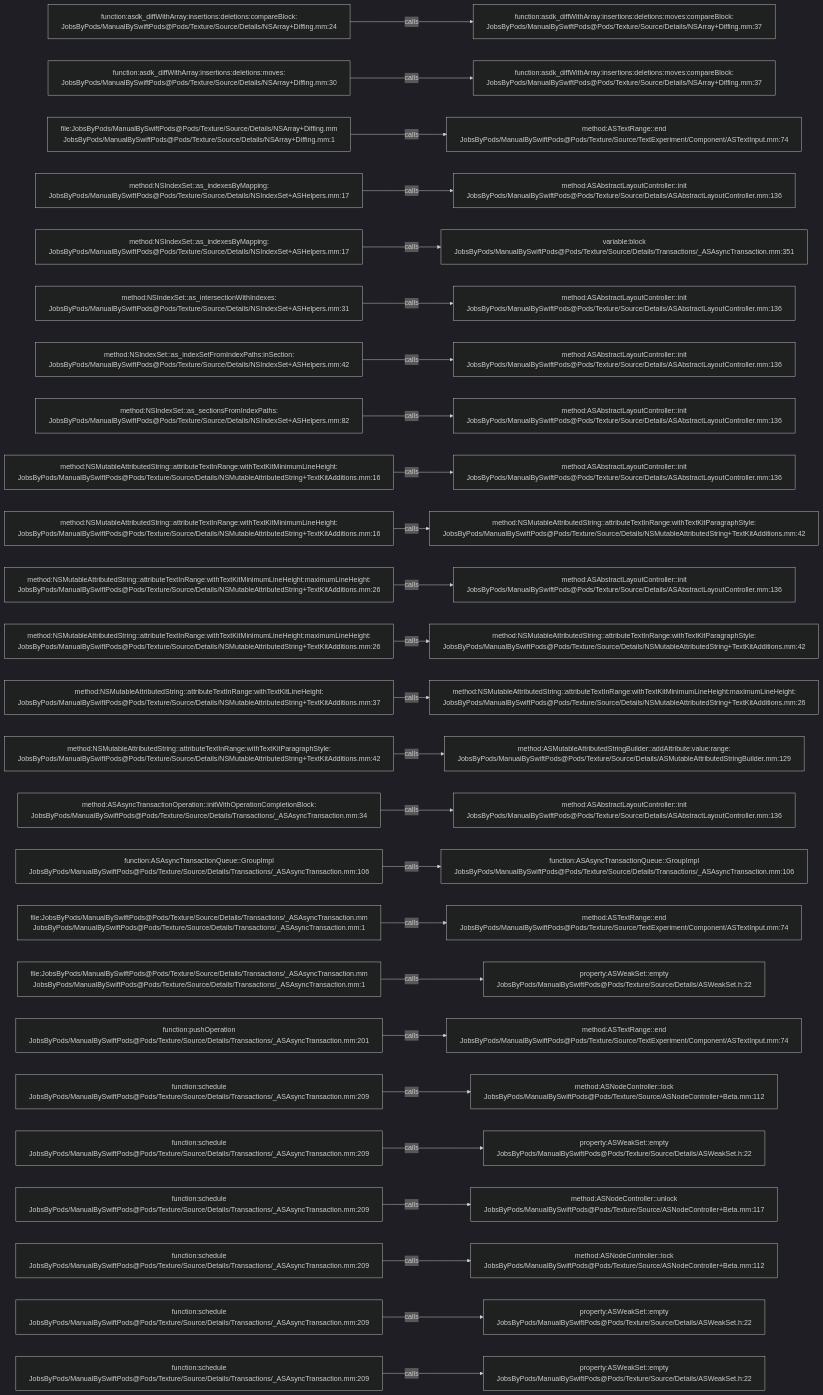
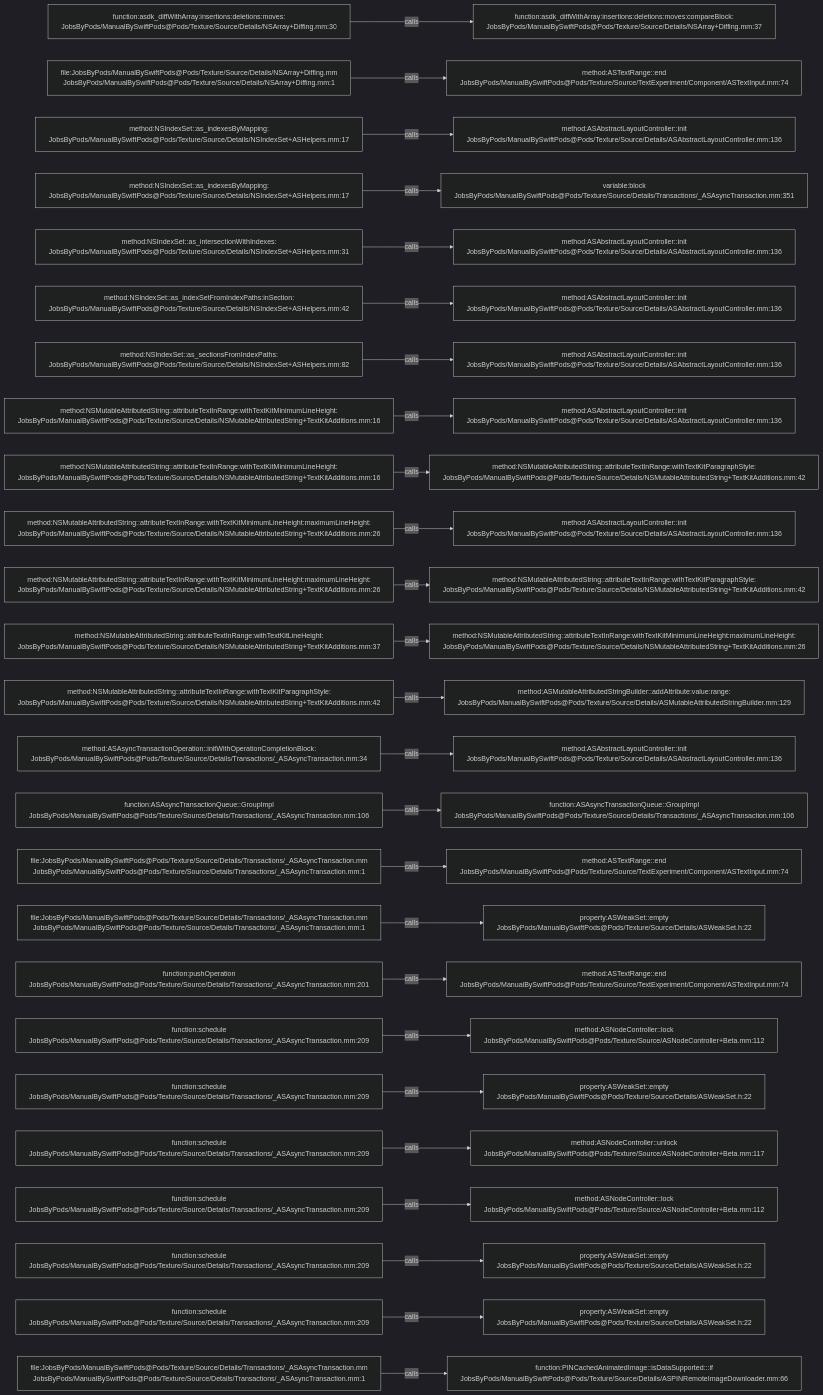
One commit to JobsKits/JobsSwiftBaseConfigDemo changed the diagram in .codegraph/codegraph.md/graphs/calls-098.md. Above: the diagram before and after it, drawn with Mermaid (dark theme). The commit also changed 747 other files, not shown here.

````diff
--- a/.codegraph/codegraph.md/graphs/calls-098.md
+++ b/.codegraph/codegraph.md/graphs/calls-098.md
@@ -13,78 +13,78 @@
 ```mermaid
 flowchart LR
-  S1["function:asdk_diffWithArray:insertions:deletions:compareBlock:<br/>JobsByPods/ManualBySwiftPods@Pods/Texture/Source/Details/NSArray+Diffing.mm:24"]
+  S1["function:asdk_diffWithArray:insertions:deletions:moves:<br/>JobsByPods/ManualBySwiftPods@Pods/Texture/Source/Details/NSArray+Diffing.mm:30"]
   T1["function:asdk_diffWithArray:insertions:deletions:moves:compareBlock:<br/>JobsByPods/ManualBySwiftPods@Pods/Texture/Source/Details/NSArray+Diffing.mm:37"]
   S1 -->|calls| T1
-  S2["function:asdk_diffWithArray:insertions:deletions:moves:<br/>JobsByPods/ManualBySwiftPods@Pods/Texture/Source/Details/NSArray+Diffing.mm:30"]
-  T2["function:asdk_diffWithArray:insertions:deletions:moves:compareBlock:<br/>JobsByPods/ManualBySwiftPods@Pods/Texture/Source/Details/NSArray+Diffing.mm:37"]
+  S2["file:JobsByPods/ManualBySwiftPods@Pods/Texture/Source/Details/NSArray+Diffing.mm<br/>JobsByPods/ManualBySwiftPods@Pods/Texture/Source/Details/NSArray+Diffing.mm:1"]
+  T2["method:ASTextRange::end<br/>JobsByPods/ManualBySwiftPods@Pods/Texture/Source/TextExperiment/Component/ASTextInput.mm:74"]
   S2 -->|calls| T2
-  S3["file:JobsByPods/ManualBySwiftPods@Pods/Texture/Source/Details/NSArray+Diffing.mm<br/>JobsByPods/ManualBySwiftPods@Pods/Texture/Source/Details/NSArray+Diffing.mm:1"]
-  T3["method:ASTextRange::end<br/>JobsByPods/ManualBySwiftPods@Pods/Texture/Source/TextExperiment/Component/ASTextInput.mm:74"]
+  S3["method:NSIndexSet::as_indexesByMapping:<br/>JobsByPods/ManualBySwiftPods@Pods/Texture/Source/Details/NSIndexSet+ASHelpers.mm:17"]
+  T3["method:ASAbstractLayoutController::init<br/>JobsByPods/ManualBySwiftPods@Pods/Texture/Source/Details/ASAbstractLayoutController.mm:136"]
   S3 -->|calls| T3
   S4["method:NSIndexSet::as_indexesByMapping:<br/>JobsByPods/ManualBySwiftPods@Pods/Texture/Source/Details/NSIndexSet+ASHelpers.mm:17"]
-  T4["method:ASAbstractLayoutController::init<br/>JobsByPods/ManualBySwiftPods@Pods/Texture/Source/Details/ASAbstractLayoutController.mm:136"]
+  T4["variable:block<br/>JobsByPods/ManualBySwiftPods@Pods/Texture/Source/Details/Transactions/_ASAsyncTransaction.mm:351"]
   S4 -->|calls| T4
-  S5["method:NSIndexSet::as_indexesByMapping:<br/>JobsByPods/ManualBySwiftPods@Pods/Texture/Source/Details/NSIndexSet+ASHelpers.mm:17"]
-  T5["variable:block<br/>JobsByPods/ManualBySwiftPods@Pods/Texture/Source/Details/Transactions/_ASAsyncTransaction.mm:351"]
+  S5["method:NSIndexSet::as_intersectionWithIndexes:<br/>JobsByPods/ManualBySwiftPods@Pods/Texture/Source/Details/NSIndexSet+ASHelpers.mm:31"]
+  T5["method:ASAbstractLayoutController::init<br/>JobsByPods/ManualBySwiftPods@Pods/Texture/Source/Details/ASAbstractLayoutController.mm:136"]
   S5 -->|calls| T5
-  S6["method:NSIndexSet::as_intersectionWithIndexes:<br/>JobsByPods/ManualBySwiftPods@Pods/Texture/Source/Details/NSIndexSet+ASHelpers.mm:31"]
+  S6["method:NSIndexSet::as_indexSetFromIndexPaths:inSection:<br/>JobsByPods/ManualBySwiftPods@Pods/Texture/Source/Details/NSIndexSet+ASHelpers.mm:42"]
   T6["method:ASAbstractLayoutController::init<br/>JobsByPods/ManualBySwiftPods@Pods/Texture/Source/Details/ASAbstractLayoutController.mm:136"]
   S6 -->|calls| T6
-  S7["method:NSIndexSet::as_indexSetFromIndexPaths:inSection:<br/>JobsByPods/ManualBySwiftPods@Pods/Texture/Source/Details/NSIndexSet+ASHelpers.mm:42"]
+  S7["method:NSIndexSet::as_sectionsFromIndexPaths:<br/>JobsByPods/ManualBySwiftPods@Pods/Texture/Source/Details/NSIndexSet+ASHelpers.mm:82"]
   T7["method:ASAbstractLayoutController::init<br/>JobsByPods/ManualBySwiftPods@Pods/Texture/Source/Details/ASAbstractLayoutController.mm:136"]
   S7 -->|calls| T7
-  S8["method:NSIndexSet::as_sectionsFromIndexPaths:<br/>JobsByPods/ManualBySwiftPods@Pods/Texture/Source/Details/NSIndexSet+ASHelpers.mm:82"]
+  S8["method:NSMutableAttributedString::attributeTextInRange:withTextKitMinimumLineHeight:<br/>JobsByPods/ManualBySwiftPods@Pods/Texture/Source/Details/NSMutableAttributedString+TextKitAdditions.mm:16"]
   T8["method:ASAbstractLayoutController::init<br/>JobsByPods/ManualBySwiftPods@Pods/Texture/Source/Details/ASAbstractLayoutController.mm:136"]
   S8 -->|calls| T8
   S9["method:NSMutableAttributedString::attributeTextInRange:withTextKitMinimumLineHeight:<br/>JobsByPods/ManualBySwiftPods@Pods/Texture/Source/Details/NSMutableAttributedString+TextKitAdditions.mm:16"]
-  T9["method:ASAbstractLayoutController::init<br/>JobsByPods/ManualBySwiftPods@Pods/Texture/Source/Details/ASAbstractLayoutController.mm:136"]
+  T9["method:NSMutableAttributedString::attributeTextInRange:withTextKitParagraphStyle:<br/>JobsByPods/ManualBySwiftPods@Pods/Texture/Source/Details/NSMutableAttributedString+TextKitAdditions.mm:42"]
   S9 -->|calls| T9
-  S10["method:NSMutableAttributedString::attributeTextInRange:withTextKitMinimumLineHeight:<br/>JobsByPods/ManualBySwiftPods@Pods/Texture/Source/Details/NSMutableAttributedString+TextKitAdditions.mm:16"]
-  T10["method:NSMutableAttributedString::attributeTextInRange:withTextKitParagraphStyle:<br/>JobsByPods/ManualBySwiftPods@Pods/Texture/Source/Details/NSMutableAttributedString+TextKitAdditions.mm:42"]
+  S10["method:NSMutableAttributedString::attributeTextInRange:withTextKitMinimumLineHeight:maximumLineHeight:<br/>JobsByPods/ManualBySwiftPods@Pods/Texture/Source/Details/NSMutableAttributedString+TextKitAdditions.mm:26"]
+  T10["method:ASAbstractLayoutController::init<br/>JobsByPods/ManualBySwiftPods@Pods/Texture/Source/Details/ASAbstractLayoutController.mm:136"]
   S10 -->|calls| T10
   S11["method:NSMutableAttributedString::attributeTextInRange:withTextKitMinimumLineHeight:maximumLineHeight:<br/>JobsByPods/ManualBySwiftPods@Pods/Texture/Source/Details/NSMutableAttributedString+TextKitAdditions.mm:26"]
-  T11["method:ASAbstractLayoutController::init<br/>JobsByPods/ManualBySwiftPods@Pods/Texture/Source/Details/ASAbstractLayoutController.mm:136"]
+  T11["method:NSMutableAttributedString::attributeTextInRange:withTextKitParagraphStyle:<br/>JobsByPods/ManualBySwiftPods@Pods/Texture/Source/Details/NSMutableAttributedString+TextKitAdditions.mm:42"]
   S11 -->|calls| T11
-  S12["method:NSMutableAttributedString::attributeTextInRange:withTextKitMinimumLineHeight:maximumLineHeight:<br/>JobsByPods/ManualBySwiftPods@Pods/Texture/Source/Details/NSMutableAttributedString+TextKitAdditions.mm:26"]
-  T12["method:NSMutableAttributedString::attributeTextInRange:withTextKitParagraphStyle:<br/>JobsByPods/ManualBySwiftPods@Pods/Texture/Source/Details/NSMutableAttributedString+TextKitAdditions.mm:42"]
+  S12["method:NSMutableAttributedString::attributeTextInRange:withTextKitLineHeight:<br/>JobsByPods/ManualBySwiftPods@Pods/Texture/Source/Details/NSMutableAttributedString+TextKitAdditions.mm:37"]
+  T12["method:NSMutableAttributedString::attributeTextInRange:withTextKitMinimumLineHeight:maximumLineHeight:<br/>JobsByPods/ManualBySwiftPods@Pods/Texture/Source/Details/NSMutableAttributedString+TextKitAdditions.mm:26"]
   S12 -->|calls| T12
-  S13["method:NSMutableAttributedString::attributeTextInRange:withTextKitLineHeight:<br/>JobsByPods/ManualBySwiftPods@Pods/Texture/Source/Details/NSMutableAttributedString+TextKitAdditions.mm:37"]
-  T13["method:NSMutableAttributedString::attributeTextInRange:withTextKitMinimumLineHeight:maximumLineHeight:<br/>JobsByPods/ManualBySwiftPods@Pods/Texture/Source/Details/NSMutableAttributedString+TextKitAdditions.mm:26"]
+  S13["method:NSMutableAttributedString::attributeTextInRange:withTextKitParagraphStyle:<br/>JobsByPods/ManualBySwiftPods@Pods/Texture/Source/Details/NSMutableAttributedString+TextKitAdditions.mm:42"]
+  T13["method:ASMutableAttributedStringBuilder::addAttribute:value:range:<br/>JobsByPods/ManualBySwiftPods@Pods/Texture/Source/Details/ASMutableAttributedStringBuilder.mm:129"]
   S13 -->|calls| T13
-  S14["method:NSMutableAttributedString::attributeTextInRange:withTextKitParagraphStyle:<br/>JobsByPods/ManualBySwiftPods@Pods/Texture/Source/Details/NSMutableAttributedString+TextKitAdditions.mm:42"]
-  T14["method:ASMutableAttributedStringBuilder::addAttribute:value:range:<br/>JobsByPods/ManualBySwiftPods@Pods/Texture/Source/Details/ASMutableAttributedStringBuilder.mm:129"]
+  S14["method:ASAsyncTransactionOperation::initWithOperationCompletionBlock:<br/>JobsByPods/ManualBySwiftPods@Pods/Texture/Source/Details/Transactions/_ASAsyncTransaction.mm:34"]
+  T14["method:ASAbstractLayoutController::init<br/>JobsByPods/ManualBySwiftPods@Pods/Texture/Source/Details/ASAbstractLayoutController.mm:136"]
   S14 -->|calls| T14
-  S15["method:ASAsyncTransactionOperation::initWithOperationCompletionBlock:<br/>JobsByPods/ManualBySwiftPods@Pods/Texture/Source/Details/Transactions/_ASAsyncTransaction.mm:34"]
-  T15["method:ASAbstractLayoutController::init<br/>JobsByPods/ManualBySwiftPods@Pods/Texture/Source/Details/ASAbstractLayoutController.mm:136"]
+  S15["function:ASAsyncTransactionQueue::GroupImpl<br/>JobsByPods/ManualBySwiftPods@Pods/Texture/Source/Details/Transactions/_ASAsyncTransaction.mm:106"]
+  T15["function:ASAsyncTransactionQueue::GroupImpl<br/>JobsByPods/ManualBySwiftPods@Pods/Texture/Source/Details/Transactions/_ASAsyncTransaction.mm:106"]
   S15 -->|calls| T15
-  S16["function:ASAsyncTransactionQueue::GroupImpl<br/>JobsByPods/ManualBySwiftPods@Pods/Texture/Source/Details/Transactions/_ASAsyncTransaction.mm:106"]
-  T16["function:ASAsyncTransactionQueue::GroupImpl<br/>JobsByPods/ManualBySwiftPods@Pods/Texture/Source/Details/Transactions/_ASAsyncTransaction.mm:106"]
+  S16["file:JobsByPods/ManualBySwiftPods@Pods/Texture/Source/Details/Transactions/_ASAsyncTransaction.mm<br/>JobsByPods/ManualBySwiftPods@Pods/Texture/Source/Details/Transactions/_ASAsyncTransaction.mm:1"]
+  T16["method:ASTextRange::end<br/>JobsByPods/ManualBySwiftPods@Pods/Texture/Source/TextExperiment/Component/ASTextInput.mm:74"]
   S16 -->|calls| T16
   S17["file:JobsByPods/ManualBySwiftPods@Pods/Texture/Source/Details/Transactions/_ASAsyncTransaction.mm<br/>JobsByPods/ManualBySwiftPods@Pods/Texture/Source/Details/Transactions/_ASAsyncTransaction.mm:1"]
-  T17["method:ASTextRange::end<br/>JobsByPods/ManualBySwiftPods@Pods/Texture/Source/TextExperiment/Component/ASTextInput.mm:74"]
+  T17["property:ASWeakSet::empty<br/>JobsByPods/ManualBySwiftPods@Pods/Texture/Source/Details/ASWeakSet.h:22"]
   S17 -->|calls| T17
-  S18["file:JobsByPods/ManualBySwiftPods@Pods/Texture/Source/Details/Transactions/_ASAsyncTransaction.mm<br/>JobsByPods/ManualBySwiftPods@Pods/Texture/Source/Details/Transactions/_ASAsyncTransaction.mm:1"]
-  T18["property:ASWeakSet::empty<br/>JobsByPods/ManualBySwiftPods@Pods/Texture/Source/Details/ASWeakSet.h:22"]
+  S18["function:pushOperation<br/>JobsByPods/ManualBySwiftPods@Pods/Texture/Source/Details/Transactions/_ASAsyncTransaction.mm:201"]
+  T18["method:ASTextRange::end<br/>JobsByPods/ManualBySwiftPods@Pods/Texture/Source/TextExperiment/Component/ASTextInput.mm:74"]
   S18 -->|calls| T18
-  S19["function:pushOperation<br/>JobsByPods/ManualBySwiftPods@Pods/Texture/Source/Details/Transactions/_ASAsyncTransaction.mm:201"]
-  T19["method:ASTextRange::end<br/>JobsByPods/ManualBySwiftPods@Pods/Texture/Source/TextExperiment/Component/ASTextInput.mm:74"]
+  S19["function:schedule<br/>JobsByPods/ManualBySwiftPods@Pods/Texture/Source/Details/Transactions/_ASAsyncTransaction.mm:209"]
+  T19["method:ASNodeController::lock<br/>JobsByPods/ManualBySwiftPods@Pods/Texture/Source/ASNodeController+Beta.mm:112"]
   S19 -->|calls| T19
   S20["function:schedule<br/>JobsByPods/ManualBySwiftPods@Pods/Texture/Source/Details/Transactions/_ASAsyncTransaction.mm:209"]
-  T20["method:ASNodeController::lock<br/>JobsByPods/ManualBySwiftPods@Pods/Texture/Source/ASNodeController+Beta.mm:112"]
+  T20["property:ASWeakSet::empty<br/>JobsByPods/ManualBySwiftPods@Pods/Texture/Source/Details/ASWeakSet.h:22"]
   S20 -->|calls| T20
   S21["function:schedule<br/>JobsByPods/ManualBySwiftPods@Pods/Texture/Source/Details/Transactions/_ASAsyncTransaction.mm:209"]
-  T21["property:ASWeakSet::empty<br/>JobsByPods/ManualBySwiftPods@Pods/Texture/Source/Details/ASWeakSet.h:22"]
+  T21["method:ASNodeController::unlock<br/>JobsByPods/ManualBySwiftPods@Pods/Texture/Source/ASNodeController+Beta.mm:117"]
   S21 -->|calls| T21
   S22["function:schedule<br/>JobsByPods/ManualBySwiftPods@Pods/Texture/Source/Details/Transactions/_ASAsyncTransaction.mm:209"]
-  T22["method:ASNodeController::unlock<br/>JobsByPods/ManualBySwiftPods@Pods/Texture/Source/ASNodeController+Beta.mm:117"]
+  T22["method:ASNodeController::lock<br/>JobsByPods/ManualBySwiftPods@Pods/Texture/Source/ASNodeController+Beta.mm:112"]
   S22 -->|calls| T22
   S23["function:schedule<br/>JobsByPods/ManualBySwiftPods@Pods/Texture/Source/Details/Transactions/_ASAsyncTransaction.mm:209"]
-  T23["method:ASNodeController::lock<br/>JobsByPods/ManualBySwiftPods@Pods/Texture/Source/ASNodeController+Beta.mm:112"]
+  T23["property:ASWeakSet::empty<br/>JobsByPods/ManualBySwiftPods@Pods/Texture/Source/Details/ASWeakSet.h:22"]
   S23 -->|calls| T23
   S24["function:schedule<br/>JobsByPods/ManualBySwiftPods@Pods/Texture/Source/Details/Transactions/_ASAsyncTransaction.mm:209"]
   T24["property:ASWeakSet::empty<br/>JobsByPods/ManualBySwiftPods@Pods/Texture/Source/Details/ASWeakSet.h:22"]
   S24 -->|calls| T24
-  S25["function:schedule<br/>JobsByPods/ManualBySwiftPods@Pods/Texture/Source/Details/Transactions/_ASAsyncTransaction.mm:209"]
-  T25["property:ASWeakSet::empty<br/>JobsByPods/ManualBySwiftPods@Pods/Texture/Source/Details/ASWeakSet.h:22"]
+  S25["file:JobsByPods/ManualBySwiftPods@Pods/Texture/Source/Details/Transactions/_ASAsyncTransaction.mm<br/>JobsByPods/ManualBySwiftPods@Pods/Texture/Source/Details/Transactions/_ASAsyncTransaction.mm:1"]
+  T25["function:PINCachedAnimatedImage::isDataSupported:::if<br/>JobsByPods/ManualBySwiftPods@Pods/Texture/Source/Details/ASPINRemoteImageDownloader.mm:66"]
   S25 -->|calls| T25
 ```
````
